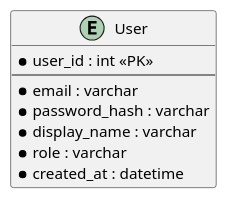
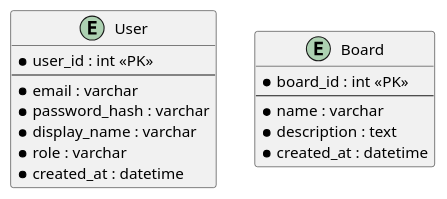
Before and after one commit to honeykokia/dcard-lite-springboot: the diagram in docs/db/er-diagram.puml, drawn with PlantUML.

Commit message:
chore(db): er-map add Board

```diff
--- a/docs/db/er-diagram.puml
+++ b/docs/db/er-diagram.puml
@@ -1,12 +1,20 @@
 @startuml
 'https://plantuml.com/sequence-diagram
 entity User {
   * user_id : int <<PK>>
   --
   * email : varchar
   * password_hash : varchar
   * display_name : varchar
   * role : varchar
   * created_at : datetime
 }
+
+entity Board {
+  * board_id : int <<PK>>
+  --
+  * name : varchar
+  * description : text
+  * created_at : datetime
+}
 @enduml
```
